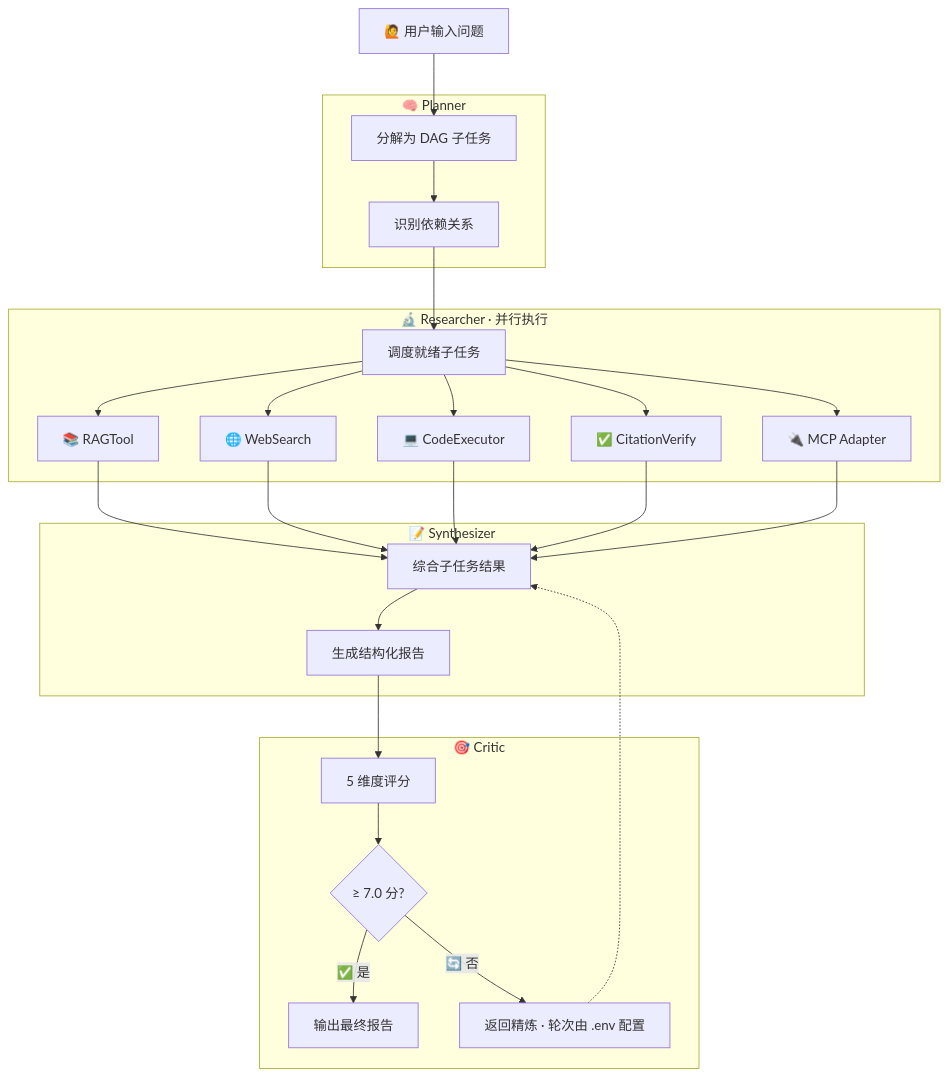
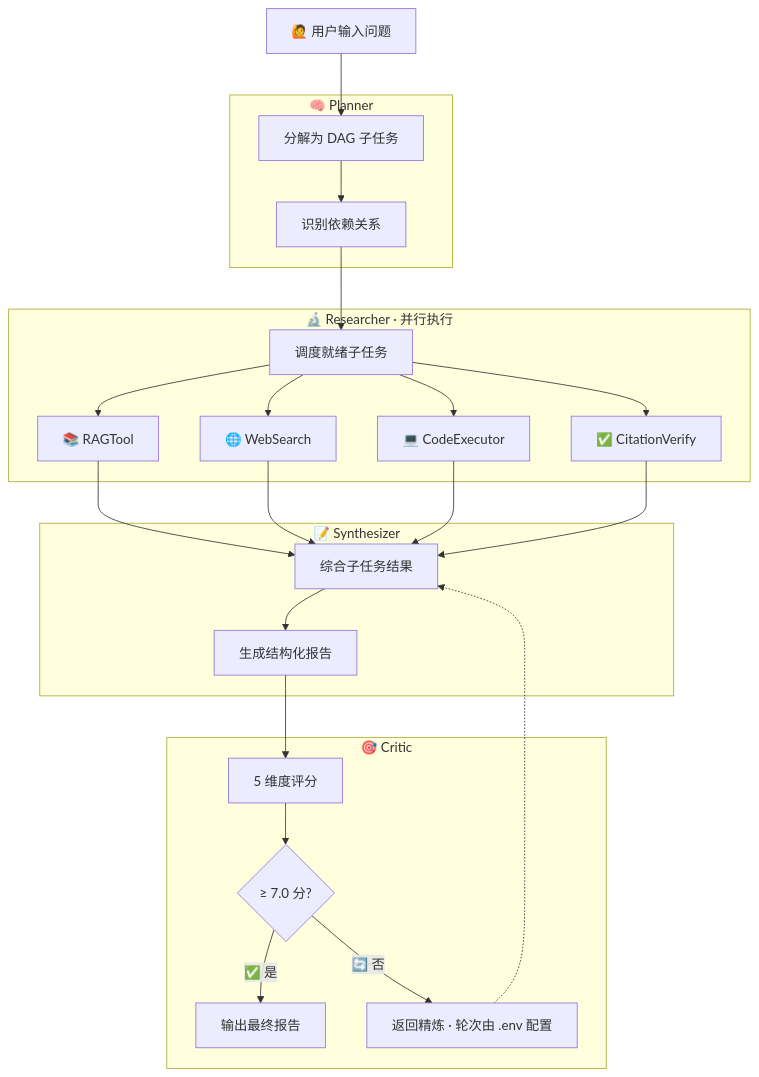
Before and after one commit to blankbrains/MindForge: the diagram in README.md, drawn with Mermaid. The commit also changed other lines of this file and 112 other files, not shown here.

````diff
--- a/README.md
+++ b/README.md
@@ -36,36 +38,33 @@
 ```mermaid
 flowchart TD
     A[🙋 用户输入问题] --> B1
     subgraph B[🧠 Planner]
         B1[分解为 DAG 子任务] --> B2[识别依赖关系]
     end
     B2 --> C0
     subgraph C[🔬 Researcher · 并行执行]
         C0[调度就绪子任务]
         C1[📚 RAGTool]
         C2[🌐 WebSearch]
         C3[💻 CodeExecutor]
         C4[✅ CitationVerify]
-        C5[🔌 MCP Adapter]
     end
     C0 --> C1
     C0 --> C2
     C0 --> C3
     C0 --> C4
-    C0 --> C5
     C1 --> D1
     C2 --> D1
     C3 --> D1
     C4 --> D1
-    C5 --> D1
     subgraph D[📝 Synthesizer]
         D1[综合子任务结果] --> D2[生成结构化报告]
     end
     D2 --> E1
     subgraph E[🎯 Critic]
         E1[5 维度评分] --> E2{"≥ 7.0 分?"}
         E2 -- ✅ 是 --> E3[输出最终报告]
         E2 -- 🔄 否 --> E4[返回精炼 · 轮次由 .env 配置]
     end
     E4 -.-> D1
 ```
````
